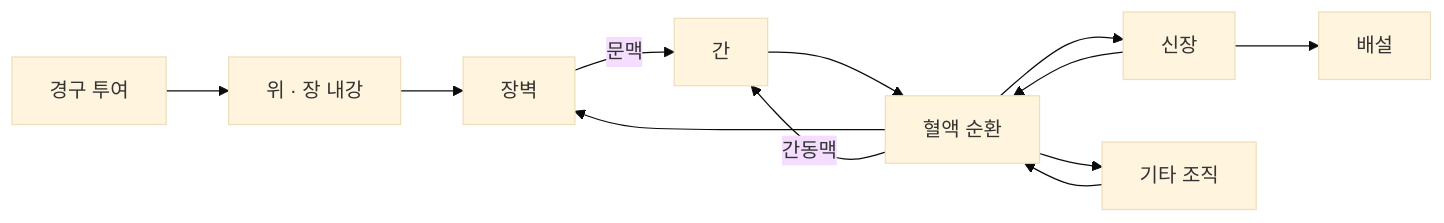
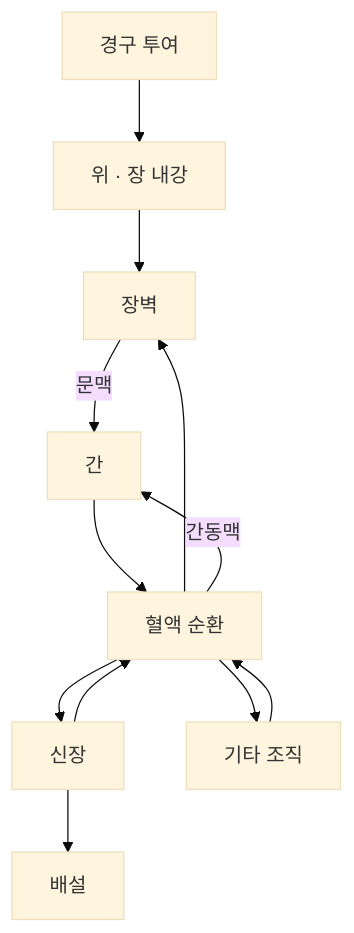
One commit to kkmmhh113/research-portfolio changed the diagram in projects/tissue-modeling/MODEL.md. Above: the diagram before and after it, drawn with Mermaid (base theme). The commit also changed other lines of this file and 10 other files, not shown here.

````diff
--- a/projects/tissue-modeling/MODEL.md
+++ b/projects/tissue-modeling/MODEL.md
@@ -9,14 +11,14 @@
 ```mermaid
-flowchart LR
+flowchart TD
     Oral["경구 투여"] --> GI["위 · 장 내강"]
     GI --> Gut["장벽"]
+    Gut -->|문맥| Liver["간"]
     Blood["혈액 순환"] --> Gut
-    Gut -->|문맥| Liver["간"]
     Blood -->|간동맥| Liver
     Liver --> Blood
     Blood --> Kidney["신장"]
     Kidney --> Blood
     Kidney --> Urine["배설"]
     Blood --> Rest["기타 조직"]
     Rest --> Blood
 ```
````
